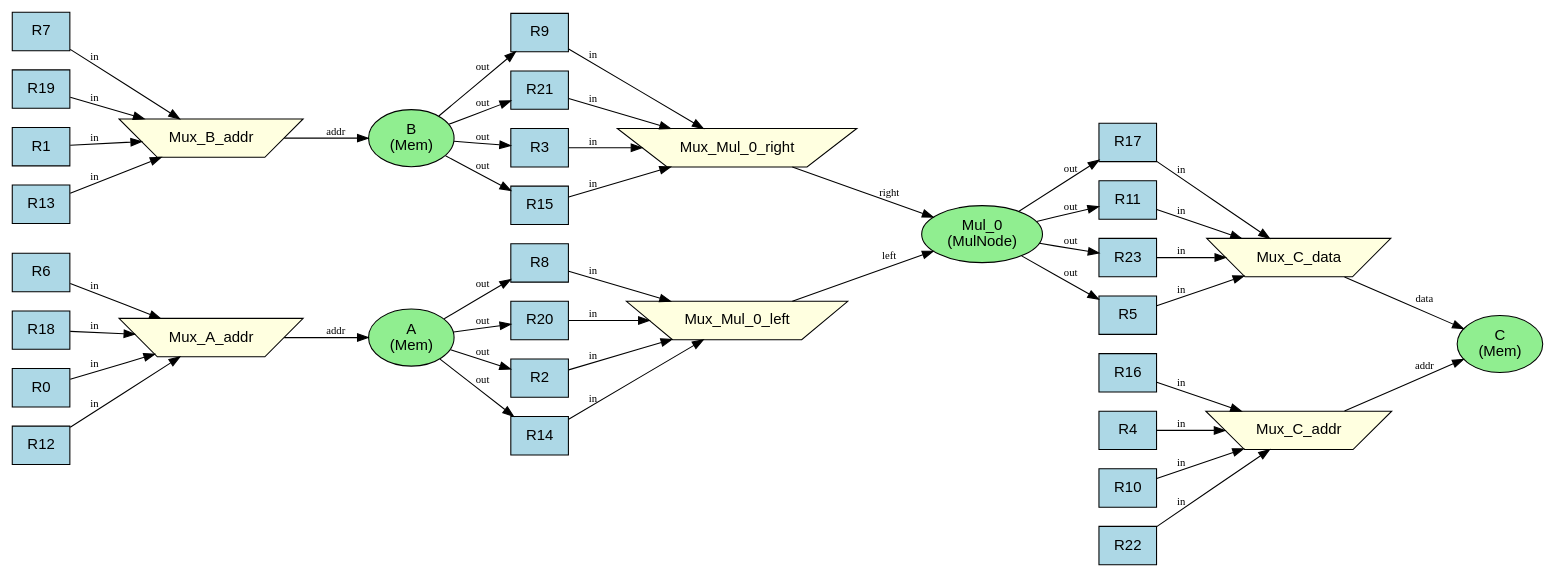
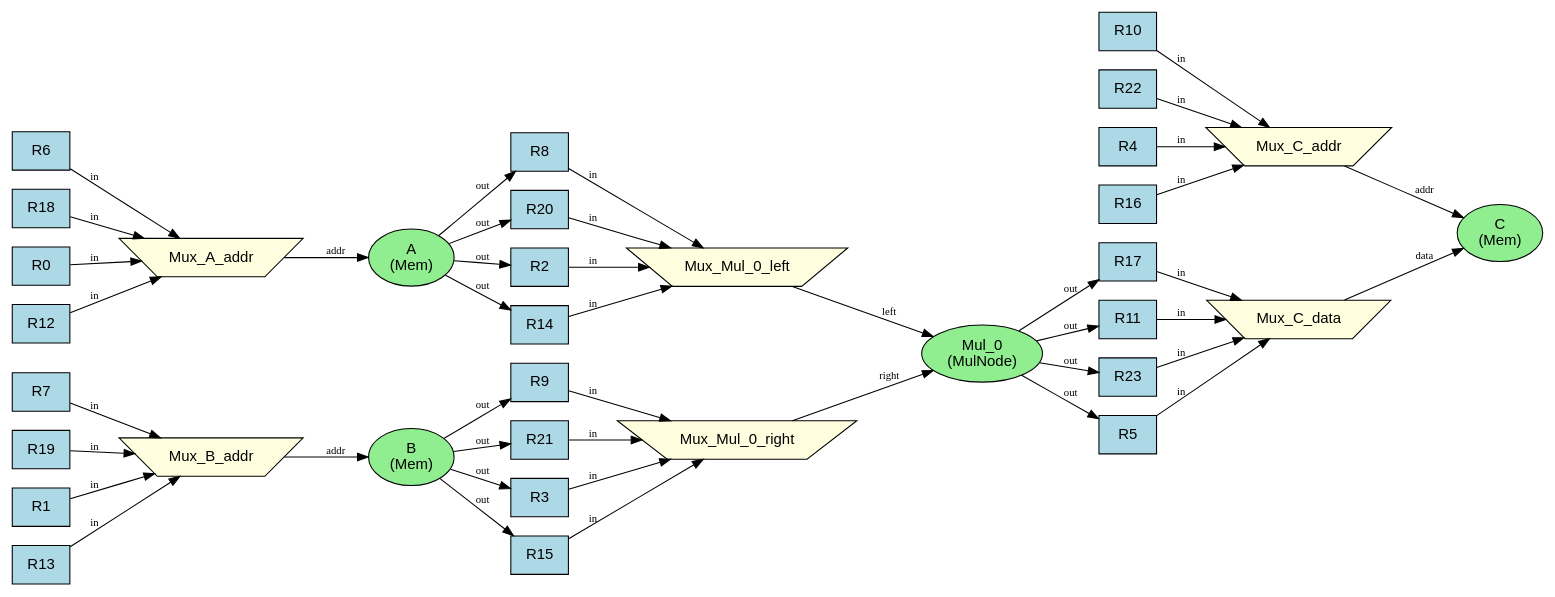
The diagram in generated_vhdl_test2/datapath.dot (Bakalala/ECSE689), drawn with Graphviz before and after one commit. The commit also changed 74 other files, not shown here.

```diff
--- a/generated_vhdl_test2/datapath.dot
+++ b/generated_vhdl_test2/datapath.dot
@@ -1,82 +1,82 @@
 digraph Datapath {
     rankdir=LR;
     node [fontname="Arial"];
 
-    reg0 [label="R16", shape=box, style=filled, fillcolor=lightblue];
-    res1 [label="B\n(Mem)", shape=ellipse, style=filled, fillcolor=lightgreen];
-    reg2 [label="R6", shape=box, style=filled, fillcolor=lightblue];
-    reg3 [label="R17", shape=box, style=filled, fillcolor=lightblue];
-    reg4 [label="R7", shape=box, style=filled, fillcolor=lightblue];
-    reg5 [label="R18", shape=box, style=filled, fillcolor=lightblue];
-    mux6 [label="Mux_Mul_0_right", shape=invtrapezium, style=filled, fillcolor=lightyellow];
-    res7 [label="Mul_0\n(MulNode)", shape=ellipse, style=filled, fillcolor=lightgreen];
-    reg8 [label="R8", shape=box, style=filled, fillcolor=lightblue];
-    reg9 [label="R19", shape=box, style=filled, fillcolor=lightblue];
-    reg10 [label="R9", shape=box, style=filled, fillcolor=lightblue];
-    reg11 [label="R20", shape=box, style=filled, fillcolor=lightblue];
-    mux12 [label="Mux_C_addr", shape=invtrapezium, style=filled, fillcolor=lightyellow];
-    reg13 [label="R10", shape=box, style=filled, fillcolor=lightblue];
-    reg14 [label="R21", shape=box, style=filled, fillcolor=lightblue];
+    res0 [label="B\n(Mem)", shape=ellipse, style=filled, fillcolor=lightgreen];
+    reg1 [label="R6", shape=box, style=filled, fillcolor=lightblue];
+    reg2 [label="R17", shape=box, style=filled, fillcolor=lightblue];
+    reg3 [label="R7", shape=box, style=filled, fillcolor=lightblue];
+    reg4 [label="R18", shape=box, style=filled, fillcolor=lightblue];
+    mux5 [label="Mux_Mul_0_right", shape=invtrapezium, style=filled, fillcolor=lightyellow];
+    res6 [label="Mul_0\n(MulNode)", shape=ellipse, style=filled, fillcolor=lightgreen];
+    reg7 [label="R8", shape=box, style=filled, fillcolor=lightblue];
+    reg8 [label="R19", shape=box, style=filled, fillcolor=lightblue];
+    reg9 [label="R9", shape=box, style=filled, fillcolor=lightblue];
+    reg10 [label="R20", shape=box, style=filled, fillcolor=lightblue];
+    mux11 [label="Mux_C_addr", shape=invtrapezium, style=filled, fillcolor=lightyellow];
+    reg12 [label="R10", shape=box, style=filled, fillcolor=lightblue];
+    reg13 [label="R21", shape=box, style=filled, fillcolor=lightblue];
+    res14 [label="C\n(Mem)", shape=ellipse, style=filled, fillcolor=lightgreen];
     reg15 [label="R0", shape=box, style=filled, fillcolor=lightblue];
-    res16 [label="C\n(Mem)", shape=ellipse, style=filled, fillcolor=lightgreen];
-    reg17 [label="R11", shape=box, style=filled, fillcolor=lightblue];
-    mux18 [label="Mux_A_addr", shape=invtrapezium, style=filled, fillcolor=lightyellow];
+    reg16 [label="R11", shape=box, style=filled, fillcolor=lightblue];
+    mux17 [label="Mux_A_addr", shape=invtrapezium, style=filled, fillcolor=lightyellow];
+    reg18 [label="R22", shape=box, style=filled, fillcolor=lightblue];
     reg19 [label="R1", shape=box, style=filled, fillcolor=lightblue];
-    reg20 [label="R22", shape=box, style=filled, fillcolor=lightblue];
-    reg21 [label="R12", shape=box, style=filled, fillcolor=lightblue];
-    reg22 [label="R2", shape=box, style=filled, fillcolor=lightblue];
-    reg23 [label="R23", shape=box, style=filled, fillcolor=lightblue];
-    mux24 [label="Mux_C_data", shape=invtrapezium, style=filled, fillcolor=lightyellow];
-    reg25 [label="R13", shape=box, style=filled, fillcolor=lightblue];
+    reg20 [label="R12", shape=box, style=filled, fillcolor=lightblue];
+    reg21 [label="R23", shape=box, style=filled, fillcolor=lightblue];
+    mux22 [label="Mux_C_data", shape=invtrapezium, style=filled, fillcolor=lightyellow];
+    reg23 [label="R2", shape=box, style=filled, fillcolor=lightblue];
+    reg24 [label="R13", shape=box, style=filled, fillcolor=lightblue];
+    mux25 [label="Mux_B_addr", shape=invtrapezium, style=filled, fillcolor=lightyellow];
     reg26 [label="R3", shape=box, style=filled, fillcolor=lightblue];
-    mux27 [label="Mux_B_addr", shape=invtrapezium, style=filled, fillcolor=lightyellow];
-    reg28 [label="R14", shape=box, style=filled, fillcolor=lightblue];
-    reg29 [label="R4", shape=box, style=filled, fillcolor=lightblue];
-    reg30 [label="R15", shape=box, style=filled, fillcolor=lightblue];
-    res31 [label="A\n(Mem)", shape=ellipse, style=filled, fillcolor=lightgreen];
-    reg32 [label="R5", shape=box, style=filled, fillcolor=lightblue];
-    mux33 [label="Mux_Mul_0_left", shape=invtrapezium, style=filled, fillcolor=lightyellow];
+    reg27 [label="R14", shape=box, style=filled, fillcolor=lightblue];
+    reg28 [label="R4", shape=box, style=filled, fillcolor=lightblue];
+    reg29 [label="R15", shape=box, style=filled, fillcolor=lightblue];
+    res30 [label="A\n(Mem)", shape=ellipse, style=filled, fillcolor=lightgreen];
+    reg31 [label="R5", shape=box, style=filled, fillcolor=lightblue];
+    mux32 [label="Mux_Mul_0_left", shape=invtrapezium, style=filled, fillcolor=lightyellow];
+    reg33 [label="R16", shape=box, style=filled, fillcolor=lightblue];
 
-    res31 -> reg22 [label="out", fontsize=10];
-    res1 -> reg26 [label="out", fontsize=10];
-    res7 -> reg32 [label="out", fontsize=10];
-    res31 -> reg8 [label="out", fontsize=10];
-    res1 -> reg10 [label="out", fontsize=10];
-    res7 -> reg17 [label="out", fontsize=10];
-    res31 -> reg28 [label="out", fontsize=10];
-    res1 -> reg30 [label="out", fontsize=10];
-    res7 -> reg3 [label="out", fontsize=10];
-    res31 -> reg11 [label="out", fontsize=10];
-    res1 -> reg14 [label="out", fontsize=10];
-    res7 -> reg23 [label="out", fontsize=10];
-    mux18 -> res31 [label="addr", fontsize=10];
-    reg15 -> mux18 [label="in", fontsize=10];
-    reg2 -> mux18 [label="in", fontsize=10];
-    reg21 -> mux18 [label="in", fontsize=10];
-    reg5 -> mux18 [label="in", fontsize=10];
-    mux27 -> res1 [label="addr", fontsize=10];
-    reg19 -> mux27 [label="in", fontsize=10];
-    reg4 -> mux27 [label="in", fontsize=10];
-    reg25 -> mux27 [label="in", fontsize=10];
-    reg9 -> mux27 [label="in", fontsize=10];
-    mux33 -> res7 [label="left", fontsize=10];
-    reg22 -> mux33 [label="in", fontsize=10];
-    reg8 -> mux33 [label="in", fontsize=10];
-    reg28 -> mux33 [label="in", fontsize=10];
-    reg11 -> mux33 [label="in", fontsize=10];
-    mux6 -> res7 [label="right", fontsize=10];
-    reg26 -> mux6 [label="in", fontsize=10];
-    reg10 -> mux6 [label="in", fontsize=10];
-    reg30 -> mux6 [label="in", fontsize=10];
-    reg14 -> mux6 [label="in", fontsize=10];
-    mux12 -> res16 [label="addr", fontsize=10];
-    reg29 -> mux12 [label="in", fontsize=10];
-    reg13 -> mux12 [label="in", fontsize=10];
-    reg0 -> mux12 [label="in", fontsize=10];
-    reg20 -> mux12 [label="in", fontsize=10];
-    mux24 -> res16 [label="data", fontsize=10];
-    reg32 -> mux24 [label="in", fontsize=10];
-    reg17 -> mux24 [label="in", fontsize=10];
-    reg3 -> mux24 [label="in", fontsize=10];
-    reg23 -> mux24 [label="in", fontsize=10];
+    res30 -> reg23 [label="out", fontsize=10];
+    res0 -> reg26 [label="out", fontsize=10];
+    res6 -> reg31 [label="out", fontsize=10];
+    res30 -> reg7 [label="out", fontsize=10];
+    res0 -> reg9 [label="out", fontsize=10];
+    res6 -> reg16 [label="out", fontsize=10];
+    res30 -> reg27 [label="out", fontsize=10];
+    res0 -> reg29 [label="out", fontsize=10];
+    res6 -> reg2 [label="out", fontsize=10];
+    res30 -> reg10 [label="out", fontsize=10];
+    res0 -> reg13 [label="out", fontsize=10];
+    res6 -> reg21 [label="out", fontsize=10];
+    mux17 -> res30 [label="addr", fontsize=10];
+    reg15 -> mux17 [label="in", fontsize=10];
+    reg1 -> mux17 [label="in", fontsize=10];
+    reg20 -> mux17 [label="in", fontsize=10];
+    reg4 -> mux17 [label="in", fontsize=10];
+    mux25 -> res0 [label="addr", fontsize=10];
+    reg19 -> mux25 [label="in", fontsize=10];
+    reg3 -> mux25 [label="in", fontsize=10];
+    reg24 -> mux25 [label="in", fontsize=10];
+    reg8 -> mux25 [label="in", fontsize=10];
+    mux32 -> res6 [label="left", fontsize=10];
+    reg23 -> mux32 [label="in", fontsize=10];
+    reg7 -> mux32 [label="in", fontsize=10];
+    reg27 -> mux32 [label="in", fontsize=10];
+    reg10 -> mux32 [label="in", fontsize=10];
+    mux5 -> res6 [label="right", fontsize=10];
+    reg26 -> mux5 [label="in", fontsize=10];
+    reg9 -> mux5 [label="in", fontsize=10];
+    reg29 -> mux5 [label="in", fontsize=10];
+    reg13 -> mux5 [label="in", fontsize=10];
+    mux11 -> res14 [label="addr", fontsize=10];
+    reg28 -> mux11 [label="in", fontsize=10];
+    reg12 -> mux11 [label="in", fontsize=10];
+    reg33 -> mux11 [label="in", fontsize=10];
+    reg18 -> mux11 [label="in", fontsize=10];
+    mux22 -> res14 [label="data", fontsize=10];
+    reg31 -> mux22 [label="in", fontsize=10];
+    reg16 -> mux22 [label="in", fontsize=10];
+    reg2 -> mux22 [label="in", fontsize=10];
+    reg21 -> mux22 [label="in", fontsize=10];
 }
```
